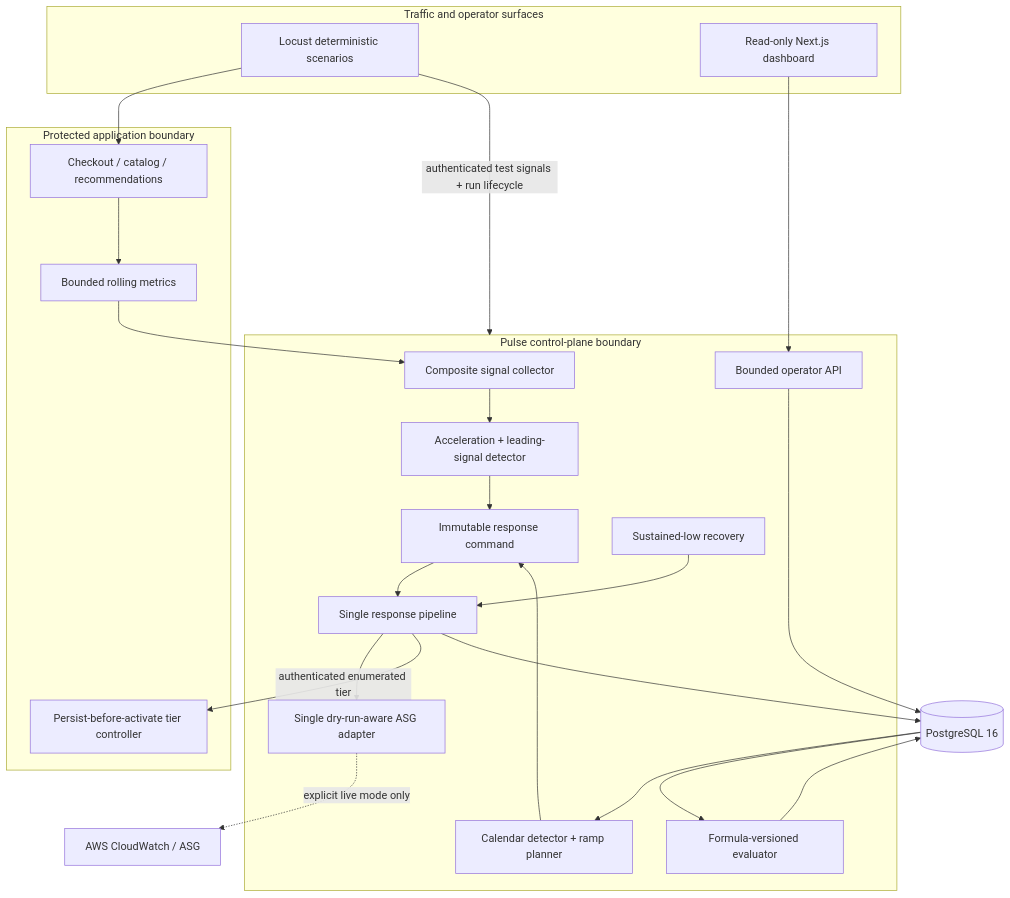
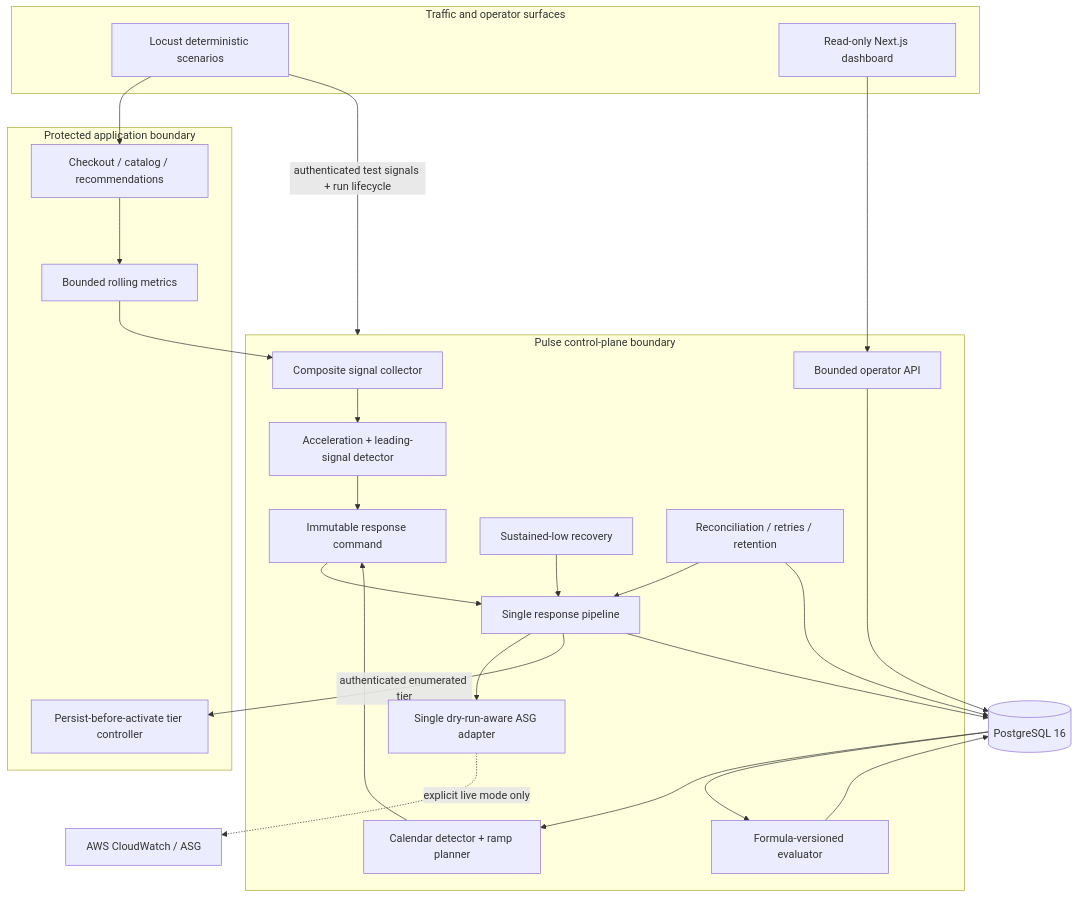
Before and after one commit to Suryavarma333/pulse-engine: the first of 2 diagrams in docs/architecture.md, drawn with Mermaid. The commit also changed other lines of this file and 44 other files, not shown here.

````diff
--- a/docs/architecture.md
+++ b/docs/architecture.md
@@ -5,38 +5,41 @@
 ```mermaid
 flowchart TB
   subgraph Traffic["Traffic and operator surfaces"]
     Locust["Locust deterministic scenarios"]
     Browser["Read-only Next.js dashboard"]
   end
   subgraph App["Protected application boundary"]
     Commerce["Checkout / catalog / recommendations"]
     Metrics["Bounded rolling metrics"]
     Tier["Persist-before-activate tier controller"]
   end
   subgraph Agent["Pulse control-plane boundary"]
     Collector["Composite signal collector"]
     Realtime["Acceleration + leading-signal detector"]
     Scheduled["Calendar detector + ramp planner"]
     Command["Immutable response command"]
     Pipeline["Single response pipeline"]
     Recovery["Sustained-low recovery"]
+    Maintenance["Reconciliation / retries / retention"]
     Adapter["Single dry-run-aware ASG adapter"]
     Feedback["Formula-versioned evaluator"]
     API["Bounded operator API"]
   end
   DB[("PostgreSQL 16")]
   AWS["AWS CloudWatch / ASG"]
   Locust --> Commerce
   Locust -->|"authenticated test signals + run lifecycle"| Agent
   Commerce --> Metrics --> Collector
   Collector --> Realtime --> Command
   DB --> Scheduled --> Command
   Command --> Pipeline
   Pipeline --> Adapter
   Pipeline -->|"authenticated enumerated tier"| Tier
   Pipeline --> DB
   Adapter -. "explicit live mode only" .-> AWS
   Recovery --> Pipeline
+  Maintenance --> Pipeline
+  Maintenance --> DB
   DB --> Feedback --> DB
   Browser --> API --> DB
 ```
````
